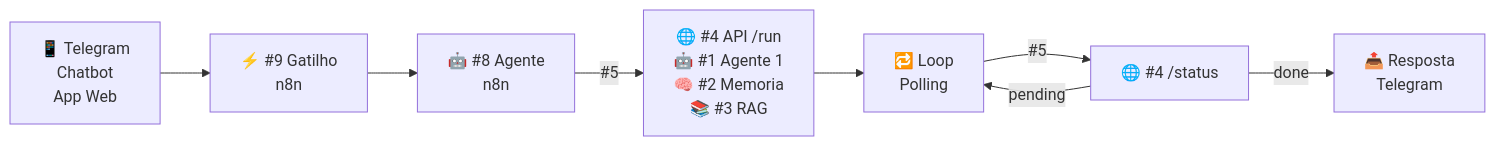
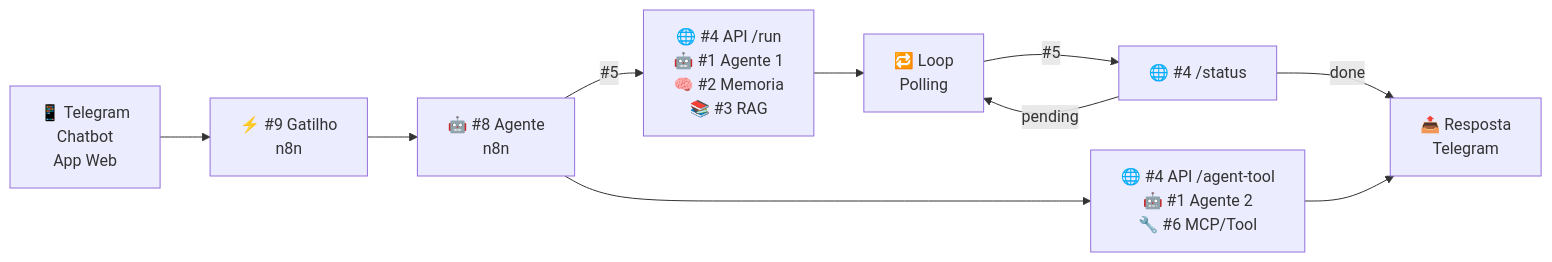
Before and after one commit to jcguimaraesnet/course-intelligent-agents: the first of 2 diagrams in pages/block-project/slide-etapa1-5.md, drawn with Mermaid. The commit also changed other lines of this file, not shown here.

Commit message:
docs: adicionar ramificacao do agente 2 e nota explicativa de fluxo no diagrama da arquitetura

````diff
--- a/pages/block-project/slide-etapa1-5.md
+++ b/pages/block-project/slide-etapa1-5.md
@@ -46,11 +46,14 @@
 ```mermaid {theme: 'dark'}
 flowchart LR
     UI["📱 Telegram<br/>Chatbot<br/>App Web"] --> Trigger["⚡ #9 Gatilho<br/>n8n"]
     Trigger --> AgentN8N["🤖 #8 Agente<br/>n8n"]
 
     AgentN8N -->|"#5"| API1["🌐 #4 API /run<br/>🤖 #1 Agente 1<br/>🧠 #2 Memoria<br/>📚 #3 RAG"]
-    API1 --> Loop["🔁 Loop<br/>Polling"]
-    Loop -->|"#5"| API2["🌐 #4 /status"]
-    API2 -->|"pending"| Loop
-    API2 -->|"done"| Response["📤 Resposta<br/>Telegram"]
+    API1 --> Loop1["🔁 Loop<br/>Polling"]
+    Loop1 -->|"#5"| Status1["🌐 #4 /status"]
+    Status1 -->|"pending"| Loop1
+    Status1 -->|"done"| Response["📤 Resposta<br/>Telegram"]
+
+    AgentN8N --> API2["🌐 #4 API /agent-tool<br/>🤖 #1 Agente 2<br/>🔧 #6 MCP/Tool"]
+    API2 --> Response
 ```
````
